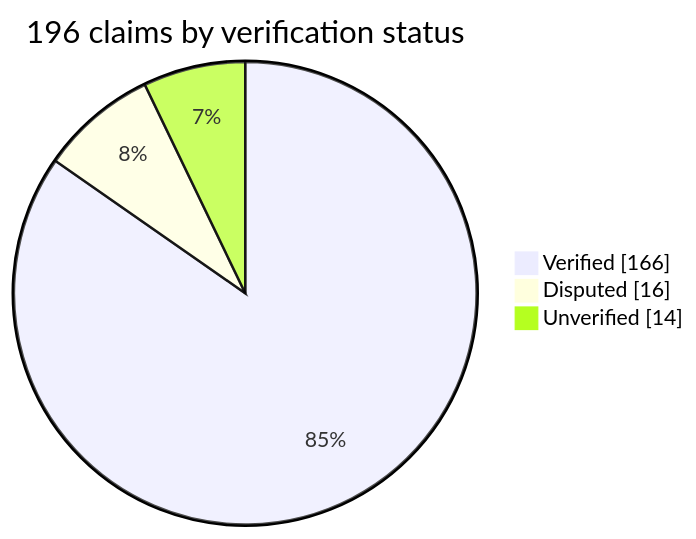
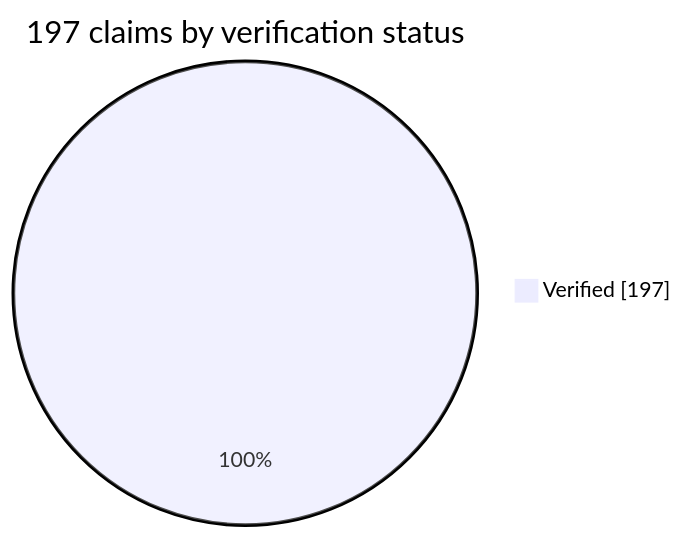
The third of 3 diagrams in README.md (demaceo/DeusEx), drawn with Mermaid before and after one commit. The commit also changed other lines of this file and 14 other files, not shown here.

First line of the commit message:
fix(content): resolve all 30 outstanding claims to verified

````diff
--- a/README.md
+++ b/README.md
@@ -323,7 +324,5 @@
 ```mermaid
 pie showData
-  title 196 claims by verification status
-  "Verified" : 166
-  "Disputed" : 16
-  "Unverified" : 14
+  title 197 claims by verification status
+  "Verified" : 197
 ```
````
